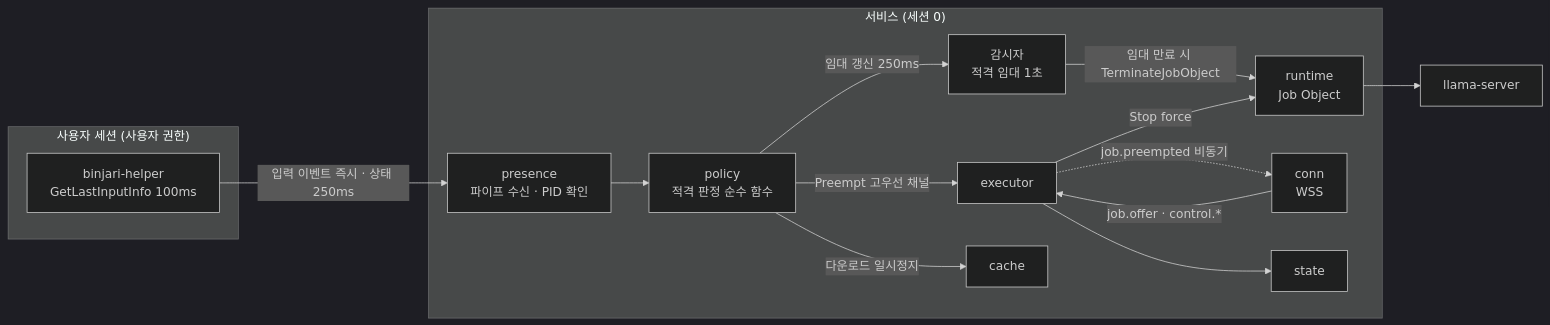
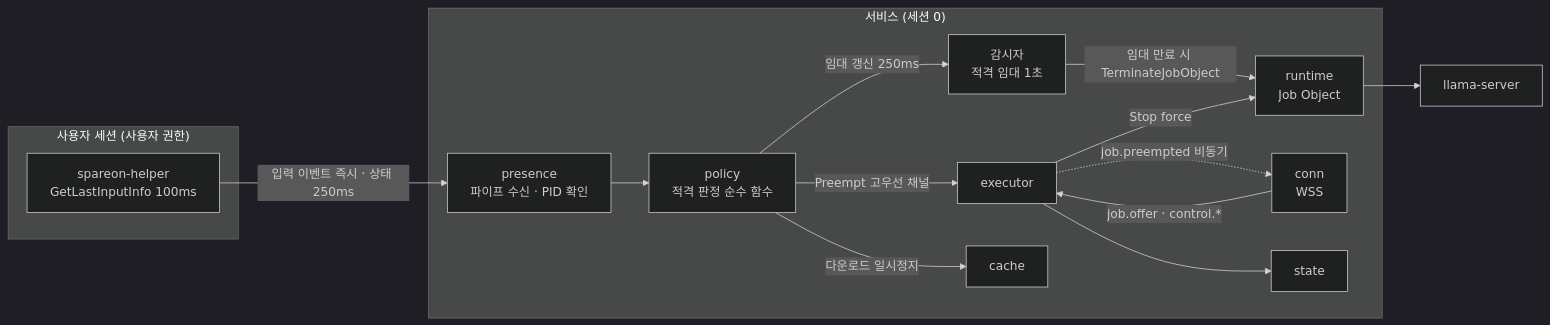
One commit to songhojin0525/spareon changed the third of 23 diagrams in docs/ARCHITECTURE.md. Above: the diagram before and after it, drawn with Mermaid (dark theme). The commit also changed other lines of this file and 191 other files, not shown here.

First line of the commit message:
Rename the project binjari to spareon (packages, Go module, binaries, DB role and schema, env vars, signing domains, docs) and apply the spareon wordmark

````diff
--- a/docs/ARCHITECTURE.md
+++ b/docs/ARCHITECTURE.md
@@ -173,28 +173,28 @@
 ```mermaid
 flowchart LR
   subgraph user["사용자 세션 (사용자 권한)"]
-    h["binjari-helper<br/>GetLastInputInfo 100ms"]
+    h["spareon-helper<br/>GetLastInputInfo 100ms"]
   end
   subgraph svc["서비스 (세션 0)"]
     pres["presence<br/>파이프 수신 · PID 확인"]
     pol["policy<br/>적격 판정 순수 함수"]
     wd["감시자<br/>적격 임대 1초"]
     exe["executor"]
     rt["runtime<br/>Job Object"]
     conn["conn<br/>WSS"]
     cache["cache"]
     st["state"]
   end
   llama["llama-server"]
   h -->|입력 이벤트 즉시 · 상태 250ms| pres
   pres --> pol
   pol -->|Preempt 고우선 채널| exe
   pol -->|임대 갱신 250ms| wd
   wd -->|임대 만료 시 TerminateJobObject| rt
   exe -->|Stop force| rt
   rt --> llama
   pol -->|다운로드 일시정지| cache
   exe -.->|job.preempted 비동기| conn
   conn -->|job.offer · control.*| exe
   exe --> st
 ```
````
